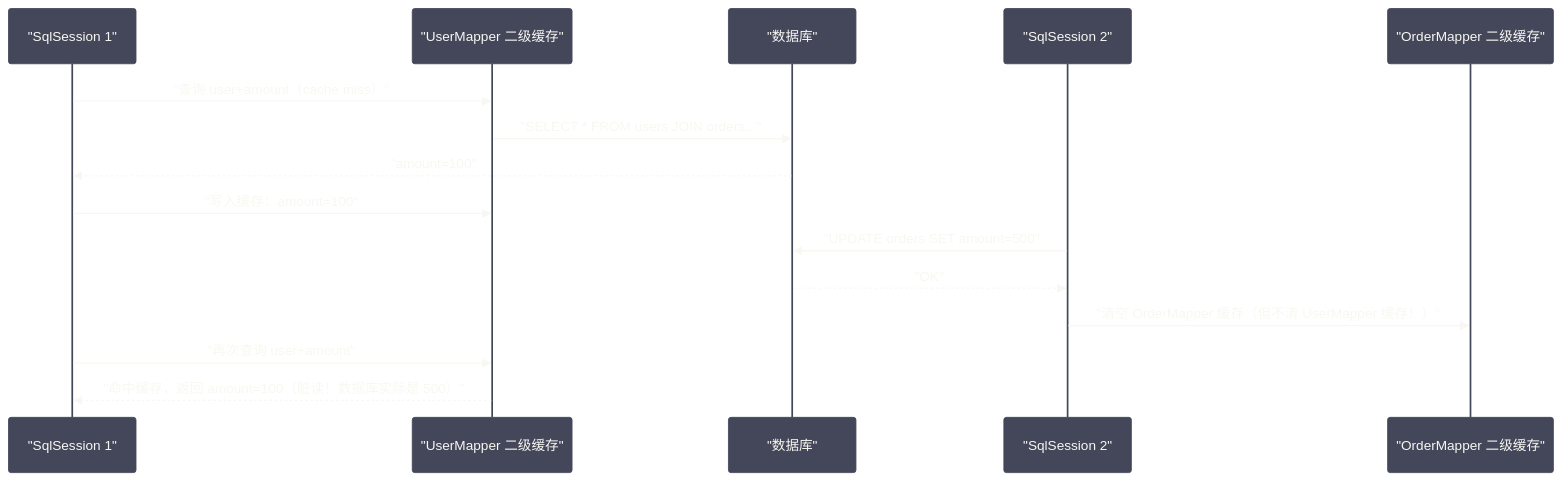
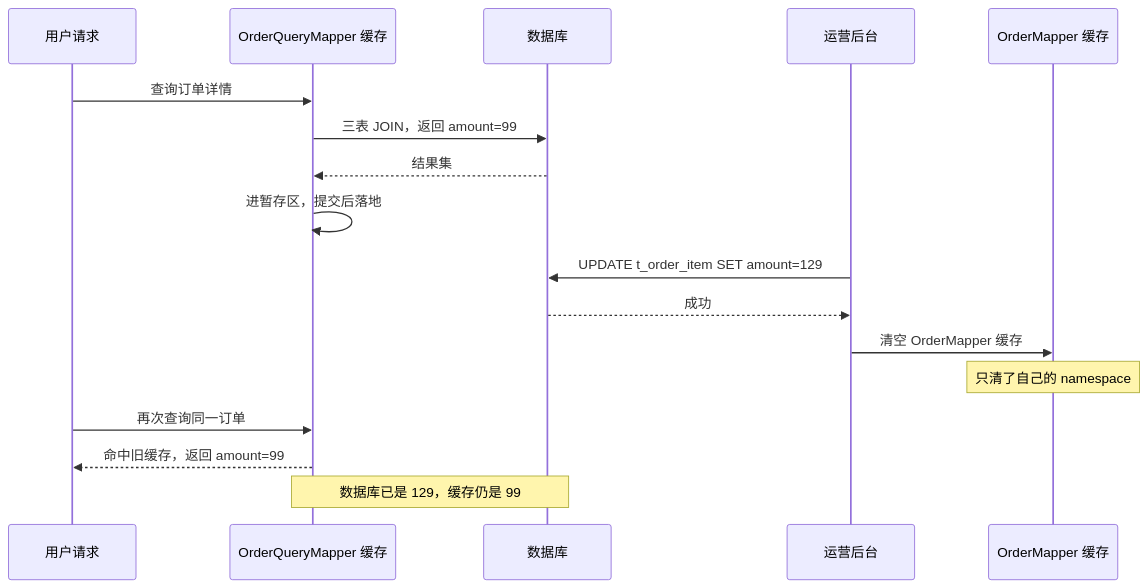
One commit to hpliStartAgain/my-brain changed the fourth of 6 diagrams in content/Java/Mybatis/06 一级缓存与二级缓存——命中条件、失效场景与生产陷阱.md. Above: the diagram before and after it, drawn with Mermaid. The commit also changed other lines of this file and 455 other files, not shown here.

````diff
--- a/content/Java/Mybatis/06 一级缓存与二级缓存——命中条件、失效场景与生产陷阱.md
+++ b/content/Java/Mybatis/06 一级缓存与二级缓存——命中条件、失效场景与生产陷阱.md
@@ -478,21 +601,20 @@
 ```mermaid
-%%{init: {'theme': 'base', 'themeVariables': {'primaryColor': '#6272a4', 'primaryTextColor': '#f8f8f2', 'primaryBorderColor': '#44475a', 'lineColor': '#bd93f9', 'secondaryColor': '#44475a', 'background': '#282a36', 'mainBkg': '#44475a', 'nodeBorder': '#6272a4', 'titleColor': '#f8f8f2', 'fontFamily': 'monospace'}}}%%
+%%{init: {'theme': 'dracula'}}%%
 sequenceDiagram
-    participant S1 as "SqlSession 1"
-    participant UC as "UserMapper 二级缓存"
-    participant DB as "数据库"
-    participant S2 as "SqlSession 2"
-    participant OC as "OrderMapper 二级缓存"
-
-    S1->>UC: "查询 user+amount（cache miss）"
-    UC->>DB: "SELECT * FROM users JOIN orders..."
-    DB-->>S1: "amount=100"
-    S1->>UC: "写入缓存：amount=100"
-
-    S2->>DB: "UPDATE orders SET amount=500"
-    DB-->>S2: "OK"
-    S2->>OC: "清空 OrderMapper 缓存（但不清 UserMapper 缓存！）"
-
-    S1->>UC: "再次查询 user+amount"
-    UC-->>S1: "命中缓存，返回 amount=100（脏读！数据库实际是 500）"
+    participant U as 用户请求
+    participant Q as OrderQueryMapper 缓存
+    participant DB as 数据库
+    participant O as 运营后台
+    participant W as OrderMapper 缓存
+    U->>Q: 查询订单详情
+    Q->>DB: 三表 JOIN，返回 amount=99
+    DB-->>Q: 结果集
+    Q->>Q: 进暂存区，提交后落地
+    O->>DB: UPDATE t_order_item SET amount=129
+    DB-->>O: 成功
+    O->>W: 清空 OrderMapper 缓存
+    Note over W: 只清了自己的 namespace
+    U->>Q: 再次查询同一订单
+    Q-->>U: 命中旧缓存，返回 amount=99
+    Note over Q,DB: 数据库已是 129，缓存仍是 99
 ```
````
